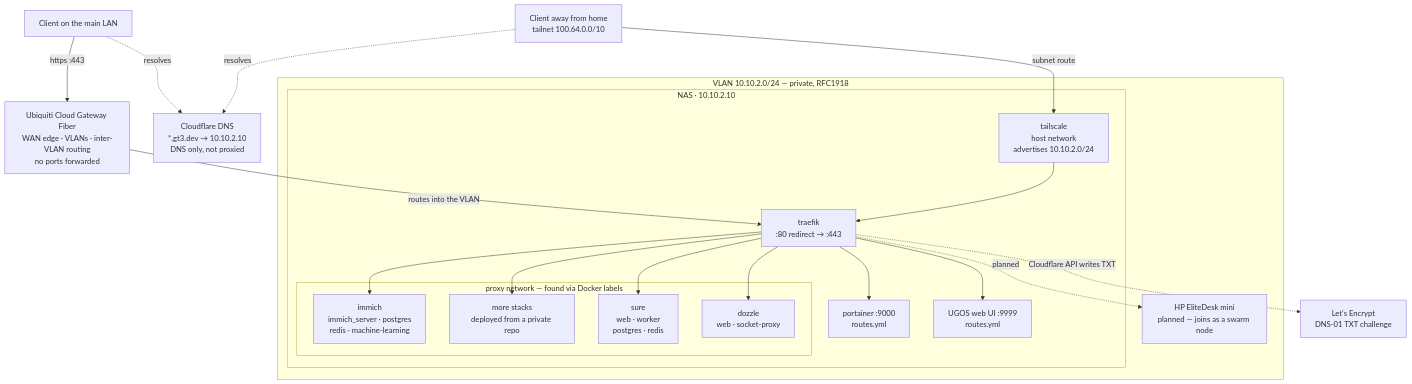
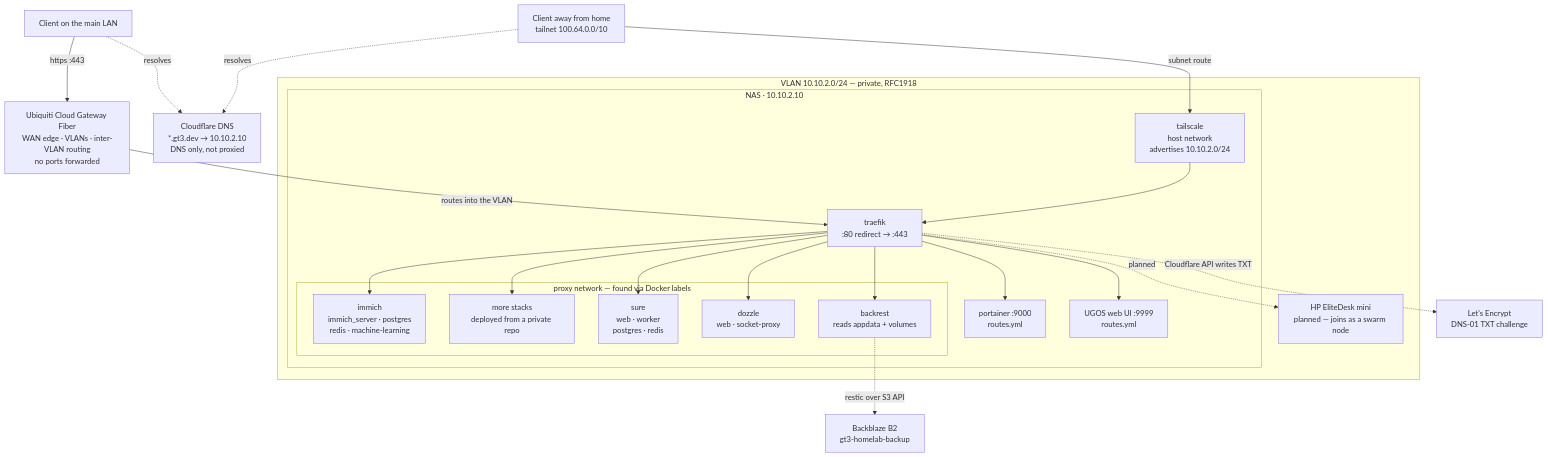
Before and after one commit to mhallo/homelab: the diagram in README.md, drawn with Mermaid. The commit also changed other lines of this file and 8 other files, not shown here.

First line of the commit message:
backrest: nightly restic backups to B2

````diff
--- a/README.md
+++ b/README.md
@@ -40,45 +41,48 @@
 ```mermaid
 flowchart TB
     CF["Cloudflare DNS<br>*.gt3.dev → 10.10.2.10<br>DNS only, not proxied"]
     LE["Let's Encrypt<br>DNS-01 TXT challenge"]
 
     AWAY["Client away from home<br>tailnet 100.64.0.0/10"]
     HOME["Client on the main LAN"]
 
     UCG["Ubiquiti Cloud Gateway Fiber<br>WAN edge · VLANs · inter-VLAN routing<br>no ports forwarded"]
 
     HOME -. "resolves" .-> CF
     AWAY -. "resolves" .-> CF
     HOME -- "https :443" --> UCG
     UCG -- "routes into the VLAN" --> TRAEFIK
 
     subgraph VLAN["VLAN 10.10.2.0/24 — private, RFC1918"]
         subgraph NAS["NAS · 10.10.2.10"]
             TSC["tailscale<br>host network<br>advertises 10.10.2.0/24"]
             TRAEFIK["traefik<br>:80 redirect → :443"]
             PORT["portainer :9000<br>routes.yml"]
             UGOS["UGOS web UI :9999<br>routes.yml"]
 
             subgraph STACKS["proxy network — found via Docker labels"]
                 IMM["immich<br>immich_server · postgres<br>redis · machine-learning"]
                 PRIV["more stacks<br>deployed from a private repo"]
                 SURE["sure<br>web · worker<br>postgres · redis"]
                 DOZ["dozzle<br>web · socket-proxy"]
+                BR["backrest<br>reads appdata + volumes"]
             end
         end
 
         HP["HP EliteDesk mini<br>planned — joins as a swarm node"]
     end
 
     AWAY -- "subnet route" --> TSC
     TSC --> TRAEFIK
 
     TRAEFIK --> IMM
     TRAEFIK --> PRIV
     TRAEFIK --> SURE
     TRAEFIK --> DOZ
+    TRAEFIK --> BR
     TRAEFIK --> PORT
     TRAEFIK --> UGOS
     TRAEFIK -. "planned" .-> HP
     TRAEFIK -. "Cloudflare API writes TXT" .-> LE
+    BR -. "restic over S3 API" .-> B2["Backblaze B2<br>gt3-homelab-backup"]
 ```
````
